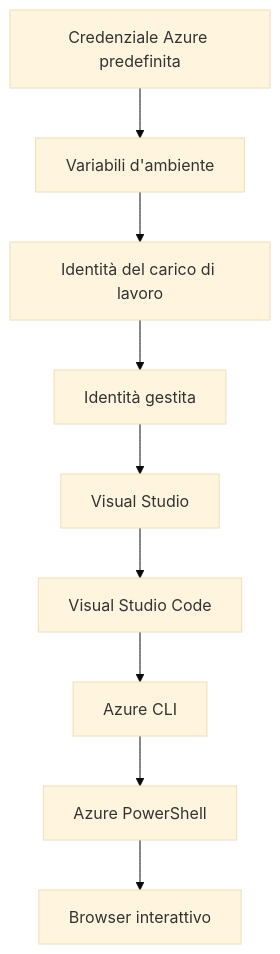
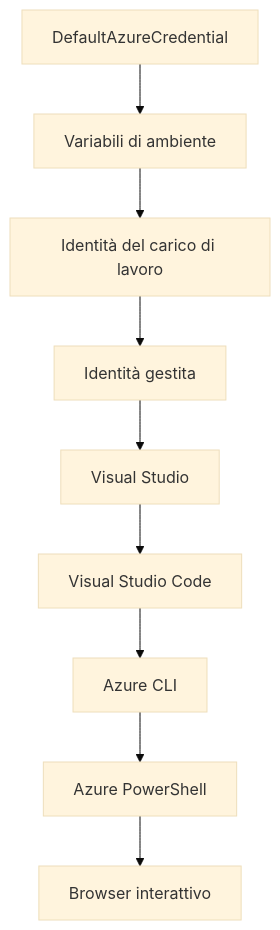
Before and after one commit to microsoft/AZD-for-beginners: the second of 2 diagrams in translations/it/docs/chapter-01-foundation/azd-basics.md, drawn with Mermaid (base theme). The commit also changed other lines of this file and 101 other files, not shown here.

````diff
--- a/translations/it/docs/chapter-01-foundation/azd-basics.md
+++ b/translations/it/docs/chapter-01-foundation/azd-basics.md
@@ -593,11 +593,11 @@
 ```mermaid
 graph TD
-    A[Credenziale Azure predefinita] --> B[Variabili d'ambiente]
+    A[DefaultAzureCredential] --> B[Variabili di ambiente]
     B --> C[Identità del carico di lavoro]
     C --> D[Identità gestita]
     D --> E[Visual Studio]
     E --> F[Visual Studio Code]
     F --> G[Azure CLI]
     G --> H[Azure PowerShell]
     H --> I[Browser interattivo]
 ```
````
